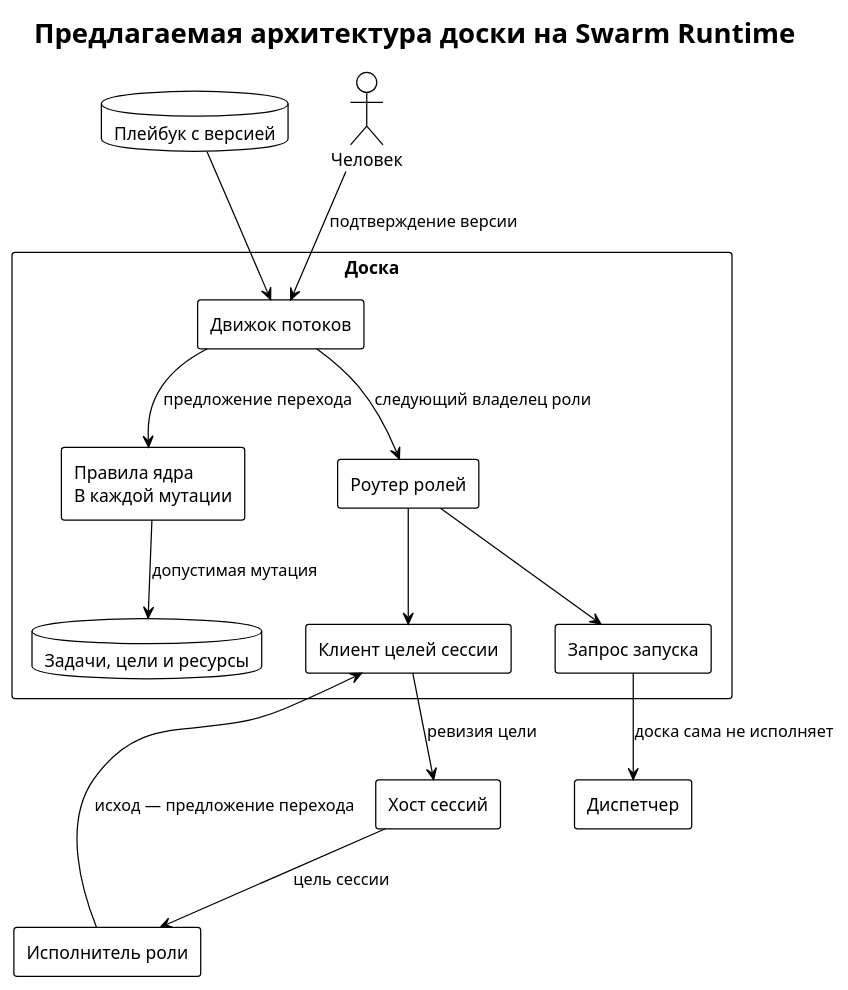
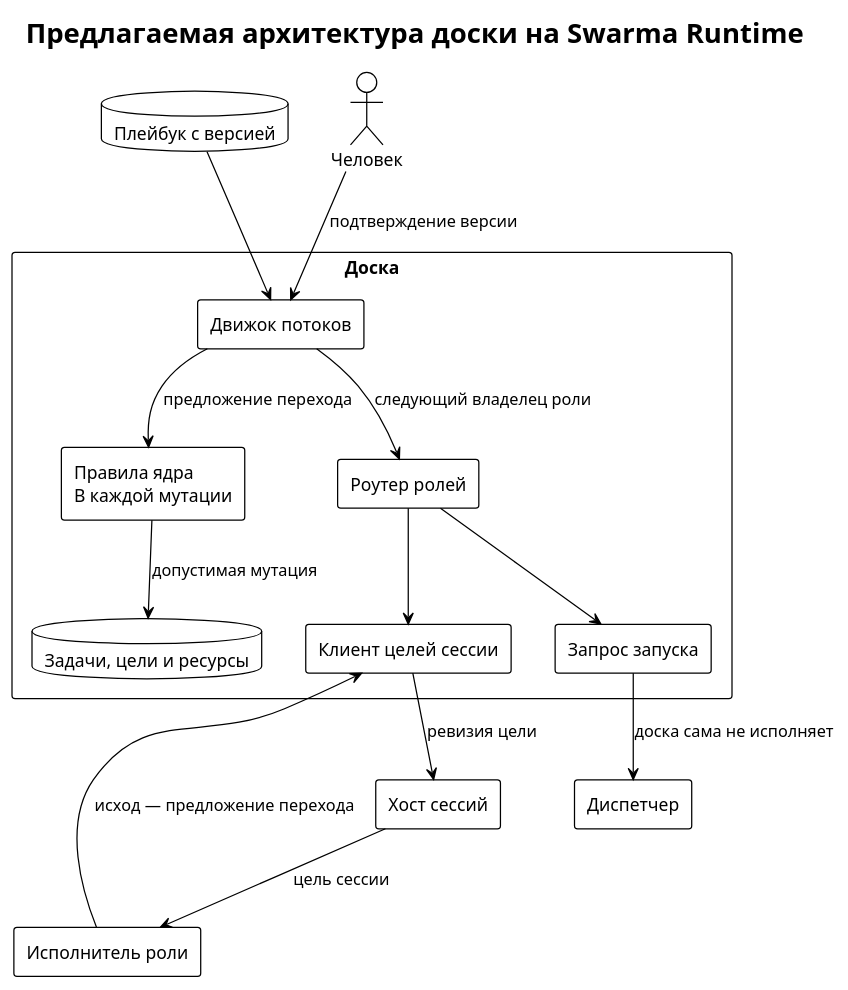
Before and after one commit to relux-works/swarma-docs: the diagram in book/src/board-components.puml, drawn with PlantUML. The commit also changed 61 other files, not shown here.

```diff
--- a/book/src/board-components.puml
+++ b/book/src/board-components.puml
@@ -1,31 +1,31 @@
 @startuml board-components
 !theme plain
 skinparam defaultFontName "PT Sans"
 skinparam shadowing false
 skinparam packageStyle rectangle
-title Предлагаемая архитектура доски на Swarm Runtime
+title Предлагаемая архитектура доски на Swarma Runtime
 database "Плейбук с версией" as P
 actor "Человек" as H
 package "Доска" {
   rectangle "Движок потоков" as F
   rectangle "Правила ядра\nВ каждой мутации" as K
   database "Задачи, цели и ресурсы" as T
   rectangle "Роутер ролей" as R
   rectangle "Запрос запуска" as S
   rectangle "Клиент целей сессии" as G
 }
 rectangle "Диспетчер" as D
 rectangle "Хост сессий" as HOST
 rectangle "Исполнитель роли" as A
 P --> F
 H --> F : подтверждение версии
 F --> K : предложение перехода
 K --> T : допустимая мутация
 F --> R : следующий владелец роли
 R --> S
 R --> G
 S --> D : доска сама не исполняет
 G --> HOST : ревизия цели
 HOST --> A : цель сессии
 A --> G : исход — предложение перехода
 @enduml
```
